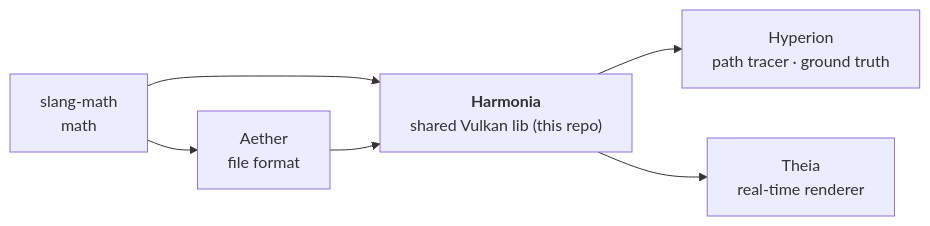
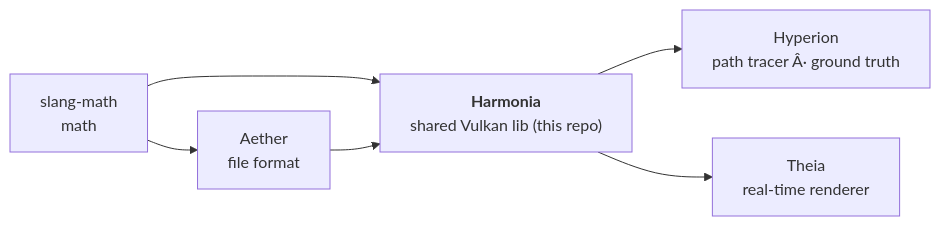
The diagram in AGENTS.md (McNopper/Harmonia), drawn with Mermaid before and after one commit. The commit also changed other lines of this file and 5 other files, not shown here.

````diff
--- a/AGENTS.md
+++ b/AGENTS.md
@@ -18,8 +18,8 @@
 ```mermaid
 flowchart LR
     SM["slang-math<br/>math"] --> A["Aether<br/>file format"]
     SM --> H
     A --> H["<b>Harmonia</b><br/>shared Vulkan lib (this repo)"]
-    H --> Hy["Hyperion<br/>path tracer · ground truth"]
+    H --> Hy["Hyperion<br/>path tracer Â· ground truth"]
     H --> T["Theia<br/>real-time renderer"]
 ```
````
